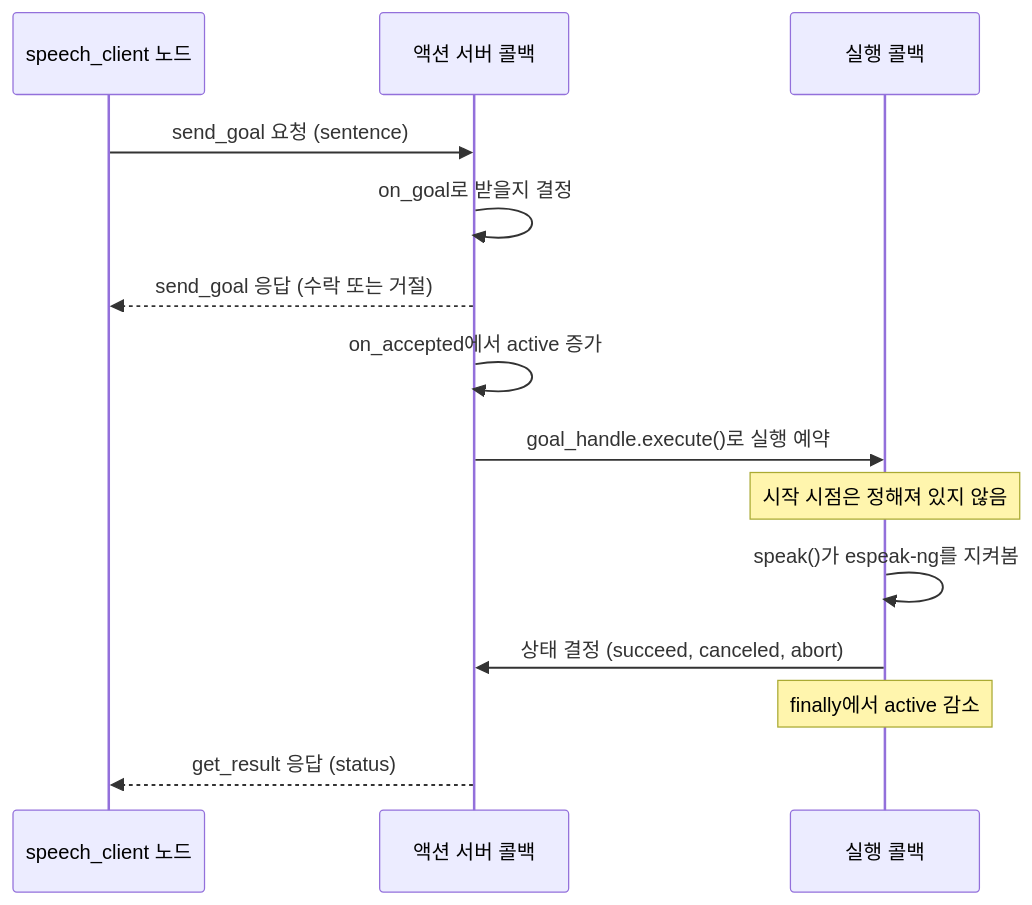
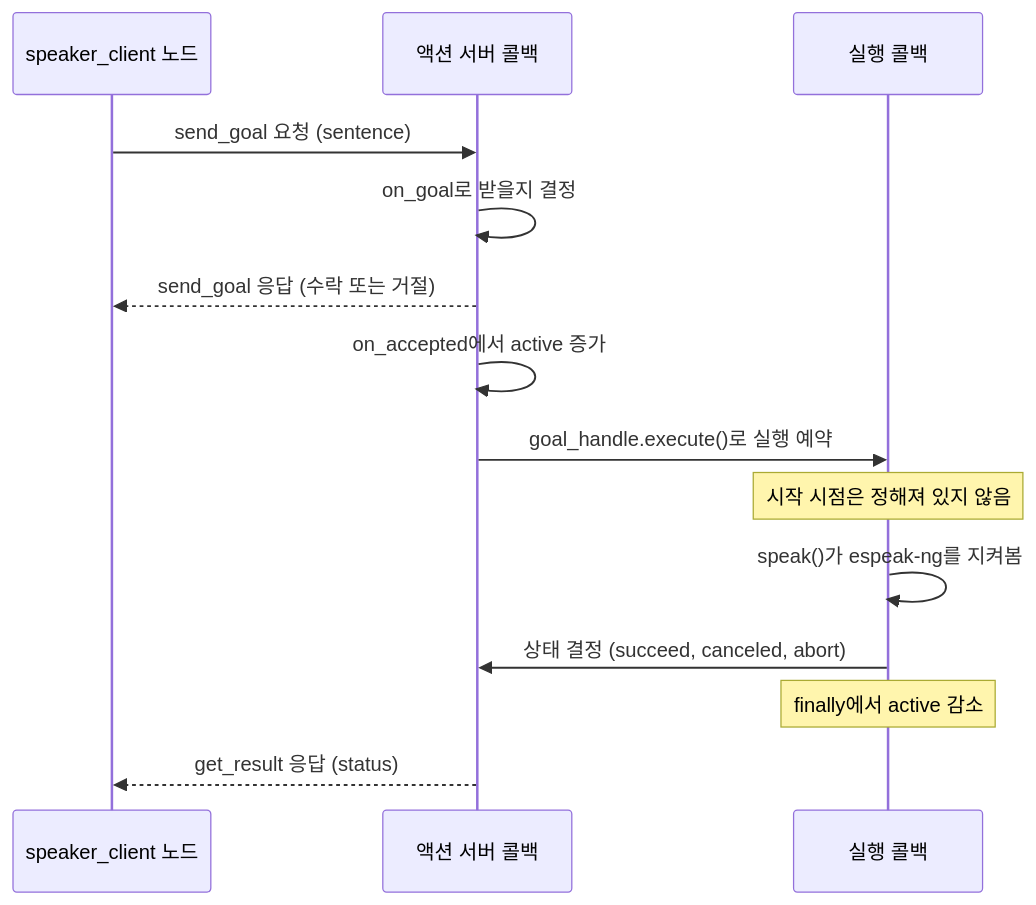
The third of 4 diagrams in ch19_software_library.md (PJW-1/rosbook_guide), drawn with Mermaid before and after one commit. The commit also changed other lines of this file and 4 other files, not shown here.

````diff
--- a/ch19_software_library.md
+++ b/ch19_software_library.md
@@ -70,16 +70,16 @@
 ```mermaid
 sequenceDiagram
-  participant c as speech_client 노드
+  participant c as speaker_client 노드
   participant a as 액션 서버 콜백
   participant x as 실행 콜백
   c->>a: send_goal 요청 (sentence)
   a->>a: on_goal로 받을지 결정
   a-->>c: send_goal 응답 (수락 또는 거절)
   a->>a: on_accepted에서 active 증가
   a->>x: goal_handle.execute()로 실행 예약
   Note over x: 시작 시점은 정해져 있지 않음
   x->>x: speak()가 espeak-ng를 지켜봄
   x->>a: 상태 결정 (succeed, canceled, abort)
   Note over x: finally에서 active 감소
   a-->>c: get_result 응답 (status)
 ```
````
